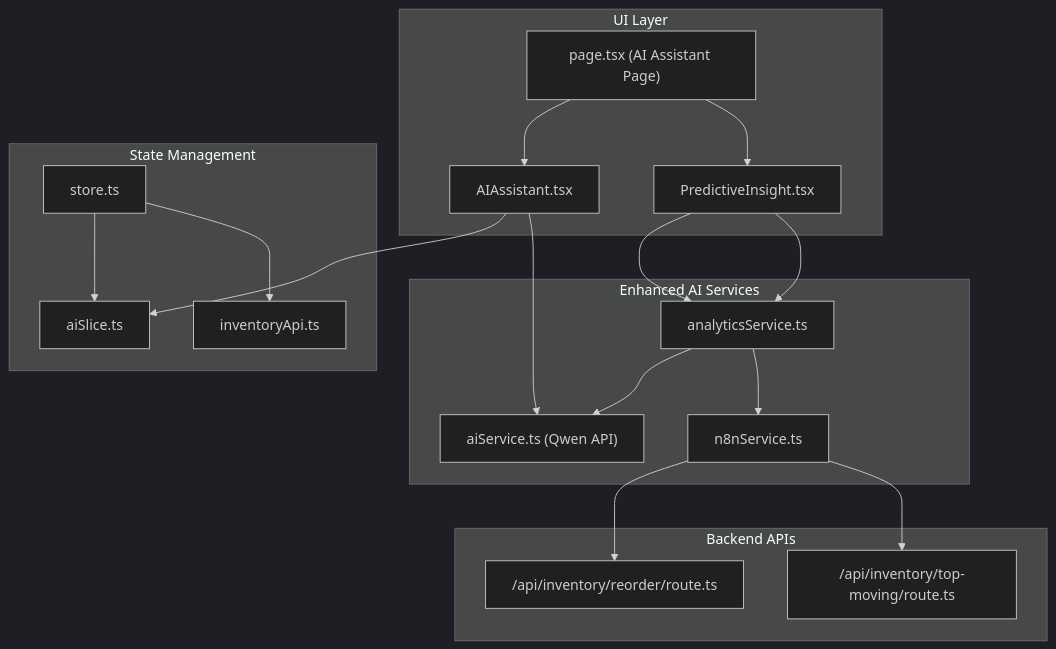
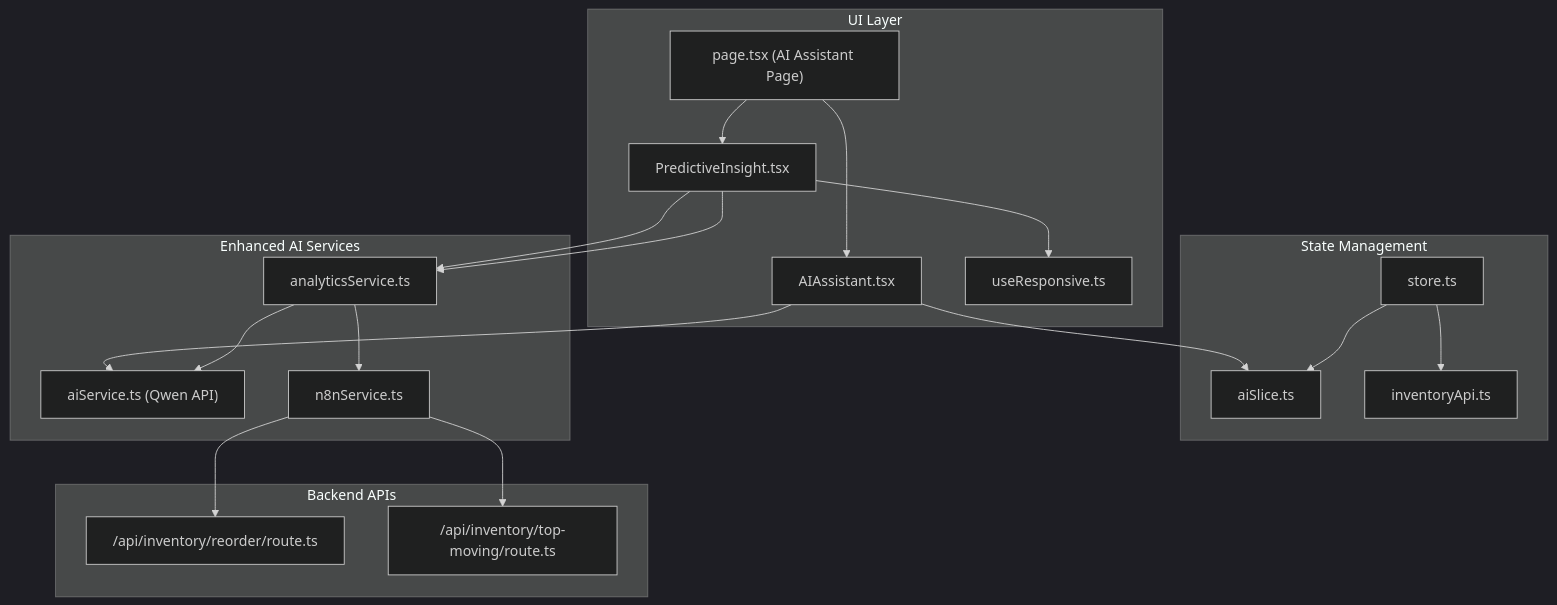
The first of 8 diagrams in .qoder/repowiki/en/content/Core Features/AI Assistant.md (cacamarica/dashboard-ai), drawn with Mermaid (dark theme) before and after one commit. The commit also changed other lines of this file and 5 other files, not shown here.

````diff
--- a/.qoder/repowiki/en/content/Core Features/AI Assistant.md
+++ b/.qoder/repowiki/en/content/Core Features/AI Assistant.md
@@ -50,34 +55,36 @@
 ```mermaid
 graph TB
 subgraph "UI Layer"
 AA["AIAssistant.tsx"]
 PI["PredictiveInsight.tsx"]
 AAP["page.tsx (AI Assistant Page)"]
+UR["useResponsive.ts"]
 end
 subgraph "State Management"
 AS["aiSlice.ts"]
 ST["store.ts"]
 IA["inventoryApi.ts"]
 end
 subgraph "Enhanced AI Services"
 AIS["aiService.ts (Qwen API)"]
 ANS["analyticsService.ts"]
 NS["n8nService.ts"]
 end
 subgraph "Backend APIs"
 API_REORDER["/api/inventory/reorder/route.ts"]
 API_TOPMOVING["/api/inventory/top-moving/route.ts"]
 end
 AAP --> AA
 AAP --> PI
 AA --> AS
+PI --> UR
 PI --> ANS
 AA --> AIS
 PI --> ANS
 ANS --> AIS
 ANS --> NS
 NS --> API_REORDER
 NS --> API_TOPMOVING
 ST --> AS
 ST --> IA
 ```
````
